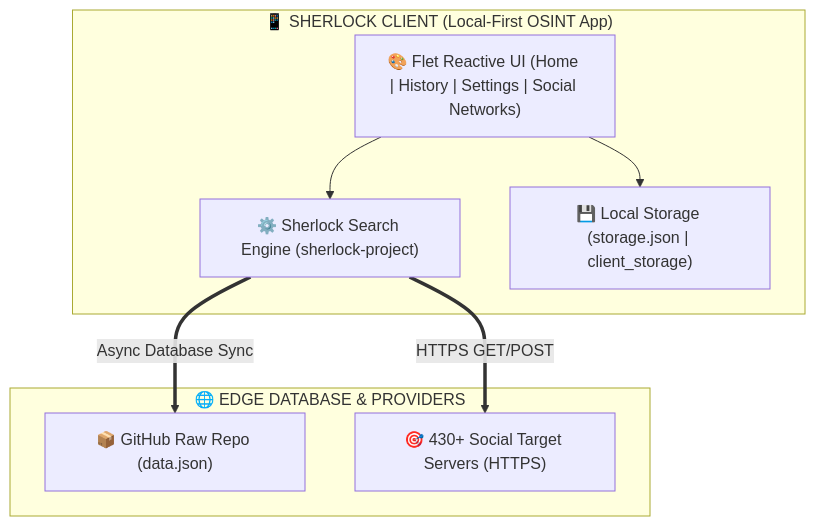
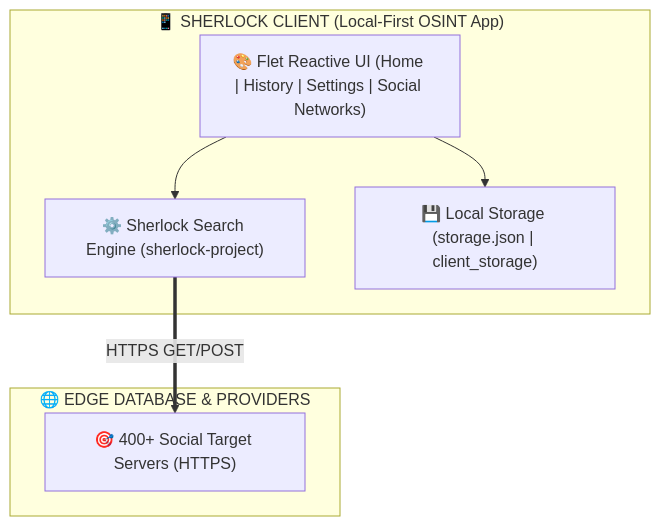
The diagram in README.md (Nwokike/Sherlock), drawn with Mermaid before and after one commit. The commit also changed other lines of this file and 23 other files, not shown here.

````diff
--- a/README.md
+++ b/README.md
@@ -134,18 +132,16 @@
 ```mermaid
 graph TB
     subgraph SHERLOCK_CLIENT ["📱 SHERLOCK CLIENT (Local-First OSINT App)"]
         UI["🎨 Flet Reactive UI (Home | History | Settings | Social Networks)"]
         Engine["⚙️ Sherlock Search Engine (sherlock-project)"]
         Storage["💾 Local Storage (storage.json | client_storage)"]
         UI --> Engine
         UI --> Storage
     end
 
     subgraph GLOBAL_RESOURCES ["🌐 EDGE DATABASE & PROVIDERS"]
-        Repo["📦 GitHub Raw Repo (data.json)"]
-        Targets["🎯 430+ Social Target Servers (HTTPS)"]
+        Targets["🎯 400+ Social Target Servers (HTTPS)"]
     end
 
     Engine ==>|HTTPS GET/POST| Targets
-    Engine ==>|Async Database Sync| Repo
 ```
````
